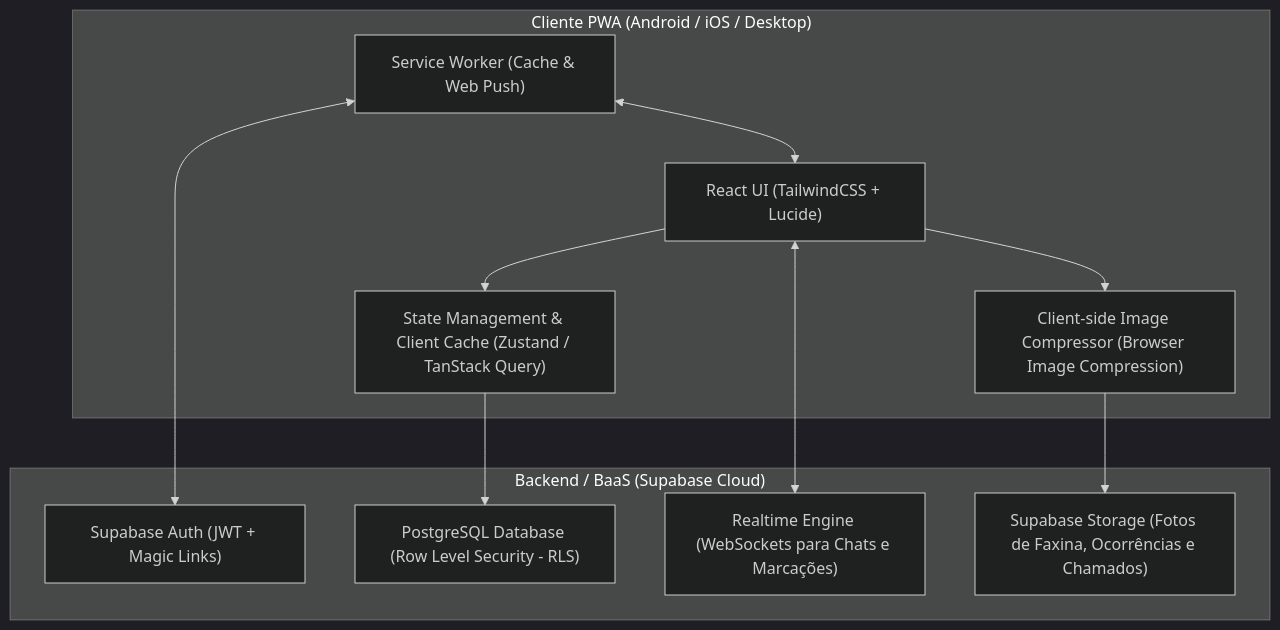
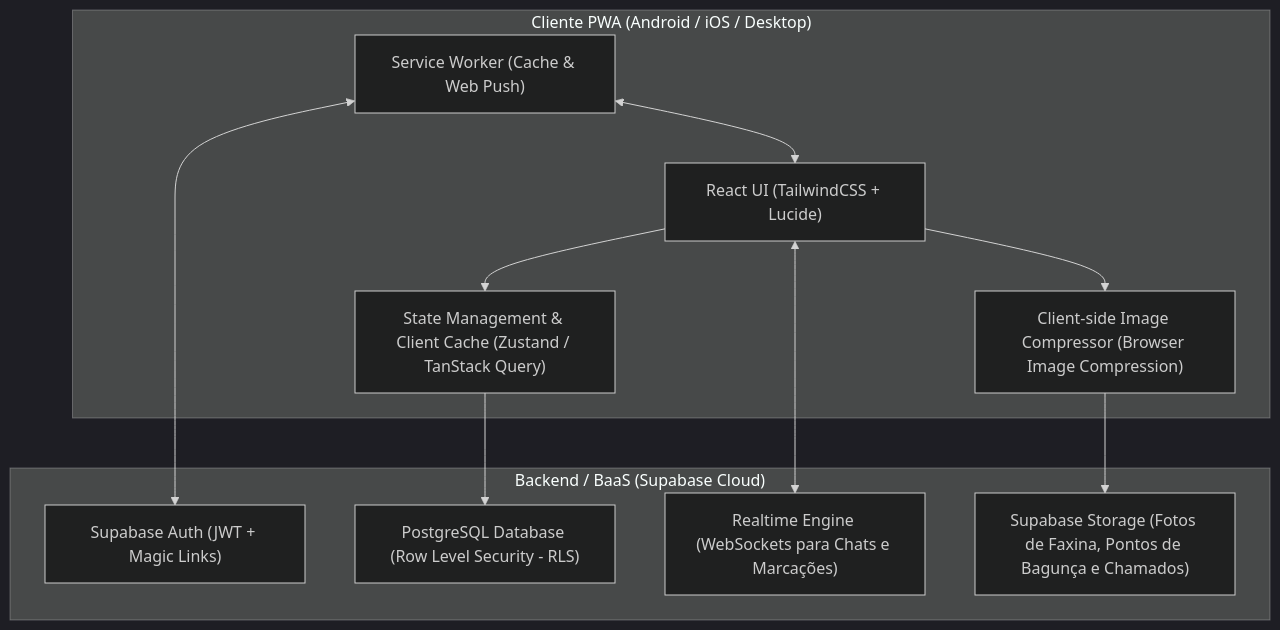
Before and after one commit to lucasciosaki/canta-grillo-app: the first of 3 diagrams in AGY.md, drawn with Mermaid (dark theme). The commit also changed other lines of this file and 16 other files, not shown here.

````diff
--- a/AGY.md
+++ b/AGY.md
@@ -14,24 +14,24 @@
 ```mermaid
 flowchart TD
     subgraph Client["Cliente PWA (Android / iOS / Desktop)"]
         UI["React UI (TailwindCSS + Lucide)"]
         SW["Service Worker (Cache & Web Push)"]
         State["State Management & Client Cache (Zustand / TanStack Query)"]
         Compress["Client-side Image Compressor (Browser Image Compression)"]
     end
 
     subgraph Supabase["Backend / BaaS (Supabase Cloud)"]
         Auth["Supabase Auth (JWT + Magic Links)"]
         Postgres["PostgreSQL Database (Row Level Security - RLS)"]
         Realtime["Realtime Engine (WebSockets para Chats e Marcações)"]
-        Storage["Supabase Storage (Fotos de Faxina, Ocorrências e Chamados)"]
+        Storage["Supabase Storage (Fotos de Faxina, Pontos de Bagunça e Chamados)"]
     end
 
     UI --> State
     UI --> Compress
     Compress --> Storage
     State --> Postgres
     UI <--> Realtime
     SW <--> Auth
     SW <--> UI
 ```
````
